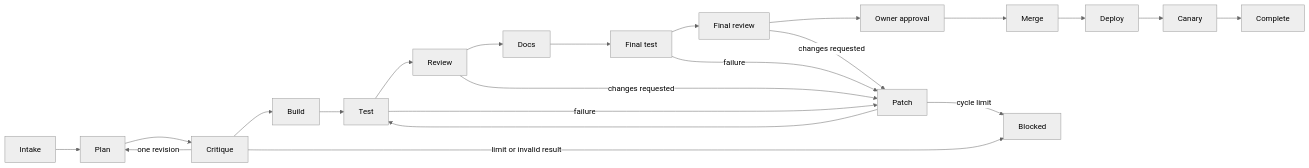
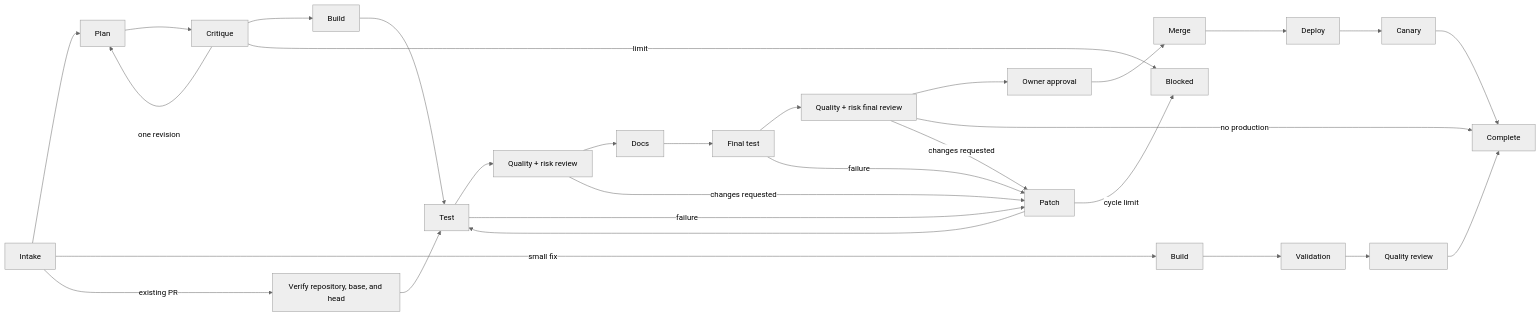
One commit to amrtawfik160/hanoon changed the second of 3 diagrams in docs/architecture.md. Above: the diagram before and after it, drawn with Mermaid (neutral theme). The commit also changed other lines of this file and 189 other files, not shown here.

````diff
--- a/docs/architecture.md
+++ b/docs/architecture.md
@@ -51,14 +51,17 @@
 ```mermaid
 flowchart LR
-    Intake --> Plan --> Critique --> Build --> Test --> Review --> Docs
-    Docs --> FinalTest[Final test] --> FinalReview[Final review]
+    Intake --> Plan --> Critique --> Build --> Test --> Review[Quality + risk review] --> Docs
+    Docs --> FinalTest[Final test] --> FinalReview[Quality + risk final review]
     FinalReview --> Approval[Owner approval] --> Merge --> Deploy --> Canary --> Complete
+    FinalReview -->|no production| Complete
+    Intake -->|small fix| SmallBuild[Build] --> SmallTest[Validation] --> SmallReview[Quality review] --> Complete
+    Intake -->|existing PR| Adopt[Verify repository, base, and head] --> Test
     Critique -->|one revision| Plan
     Test -->|failure| Patch
     Review -->|changes requested| Patch
     FinalTest -->|failure| Patch
     FinalReview -->|changes requested| Patch
     Patch --> Test
-    Critique -->|limit or invalid result| Blocked
+    Critique -->|limit| Blocked
     Patch -->|cycle limit| Blocked
 ```
````
